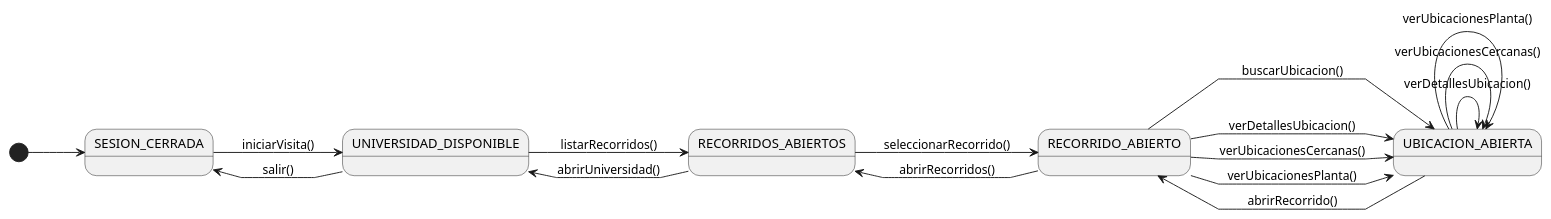
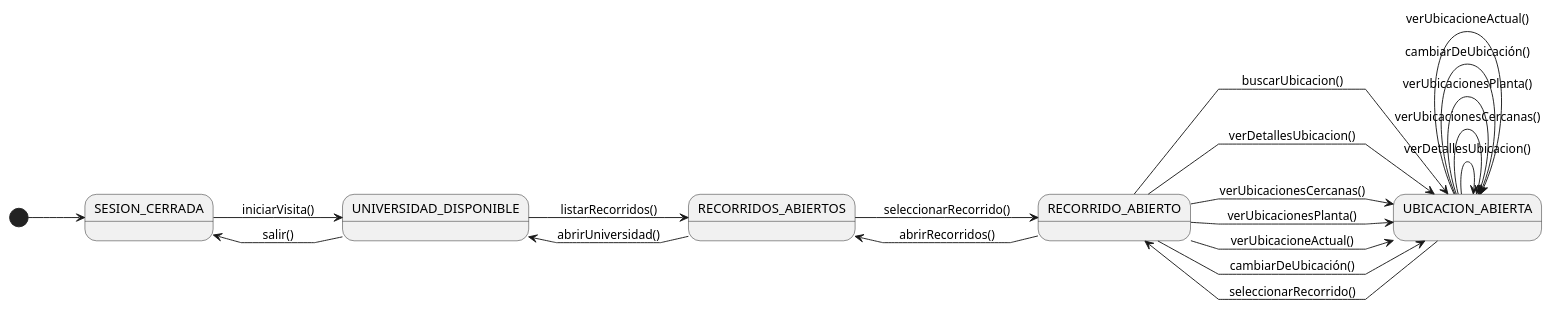
Before and after one commit to Camila-Lesly/25-26-idsw1-sdr: the diagram in documentos/01-casoDeUso/2-DiagramaDeContexto/diagramaDeContextoVisitante.puml, drawn with PlantUML. The commit also changed 2 other files, not shown here.

Commit message:
fix: update context diagram for visitor and add README documentation

```diff
--- a/documentos/01-casoDeUso/2-DiagramaDeContexto/diagramaDeContextoVisitante.puml
+++ b/documentos/01-casoDeUso/2-DiagramaDeContexto/diagramaDeContextoVisitante.puml
@@ -1,38 +1,42 @@
 @startuml diagrama-contexto-visitante
 left to right direction
 skinparam linetype polyline
 
 state "SESION_CERRADA" as NoAuth
 state "UNIVERSIDAD_DISPONIBLE" as Universidad
 state "RECORRIDOS_ABIERTOS" as ListRecorridos
 state "RECORRIDO_ABIERTO" as Recorrido
 state "UBICACION_ABIERTA" as Ubicacion
 
 
 [*] --> NoAuth
 
 ' --- Inicio y salida ---
 NoAuth --> Universidad : iniciarVisita()
 Universidad --> NoAuth : salir()
 
 ' --- Recorridos disponibles ---
 Universidad --> ListRecorridos : listarRecorridos()
 ListRecorridos --> Universidad : abrirUniversidad()
 
 ' --- Seleccionar recorrido ---
 ListRecorridos --> Recorrido : seleccionarRecorrido()
 Recorrido --> ListRecorridos : abrirRecorridos()
 
 ' --- Acciones sobre ubicación ---
 Recorrido --> Ubicacion : buscarUbicacion()
 Recorrido --> Ubicacion : verDetallesUbicacion()
 Recorrido --> Ubicacion : verUbicacionesCercanas()
 Recorrido --> Ubicacion : verUbicacionesPlanta()
+Recorrido --> Ubicacion : verUbicacioneActual()
+Recorrido --> Ubicacion : cambiarDeUbicación()
+
 
 Ubicacion --> Ubicacion : verDetallesUbicacion()
 Ubicacion --> Ubicacion : verUbicacionesCercanas()
 Ubicacion --> Ubicacion : verUbicacionesPlanta()
-
-Ubicacion --> Recorrido :abrirRecorrido()
+Ubicacion --> Ubicacion : cambiarDeUbicación()
+Ubicacion --> Ubicacion : verUbicacioneActual()
+Ubicacion --> Recorrido :seleccionarRecorrido()
 
 @enduml
```
